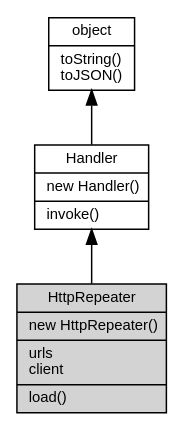
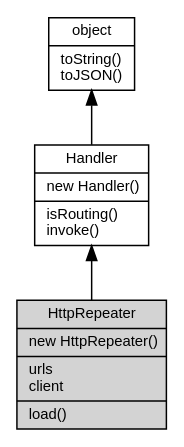
The diagram in docs/manual/object/ifs/HttpRepeater.md (fibjs/fibjs.org), drawn with Graphviz before and after one commit. The commit also changed other lines of this file and 63 other files, not shown here.

````diff
--- a/docs/manual/object/ifs/HttpRepeater.md
+++ b/docs/manual/object/ifs/HttpRepeater.md
@@ -32,12 +32,12 @@
 ```dot
 digraph {
     node [fontname="Helvetica,sans-Serif", fontsize=10, shape="record", style="filled", fillcolor="white"];
 
     object [tooltip="object", URL="object.md", label="{object|toString()\ltoJSON()\l}"];
-    Handler [tooltip="Handler", URL="Handler.md", label="{Handler|new Handler()\l|invoke()\l}"];
+    Handler [tooltip="Handler", URL="Handler.md", label="{Handler|new Handler()\l|isRouting()\linvoke()\l}"];
     HttpRepeater [tooltip="HttpRepeater", fillcolor="lightgray", id="me", label="{HttpRepeater|new HttpRepeater()\l|urls\lclient\l|load()\l}"];
 
     object -> Handler [dir=back];
     Handler -> HttpRepeater [dir=back];
 }
 ```
````
